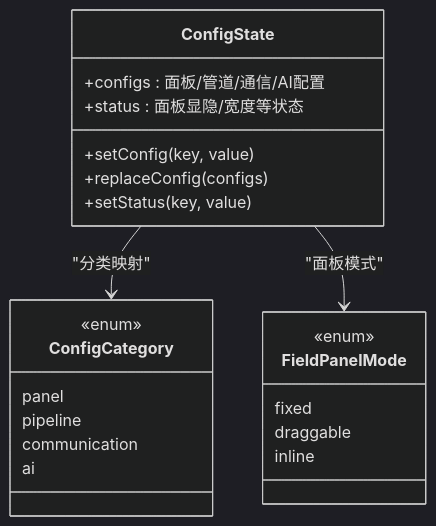
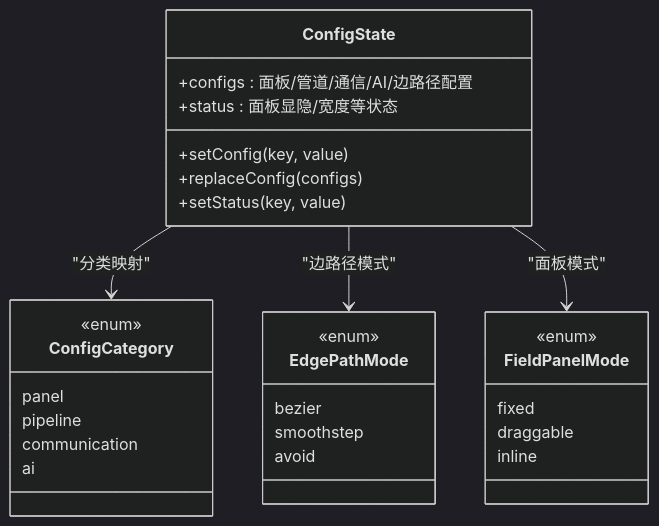
Before and after one commit to kqcoxn/MaaPipelineEditor: the third of 11 diagrams in .qoder/repowiki/zh/content/用户界面/面板系统/配置面板/面板配置区域.md, drawn with Mermaid (dark theme). The commit also changed other lines of this file and 19 other files, not shown here.

````diff
--- a/.qoder/repowiki/zh/content/用户界面/面板系统/配置面板/面板配置区域.md
+++ b/.qoder/repowiki/zh/content/用户界面/面板系统/配置面板/面板配置区域.md
@@ -153,25 +190,32 @@
 ```mermaid
 classDiagram
 class ConfigState {
-+configs : 面板/管道/通信/AI配置
++configs : 面板/管道/通信/AI/边路径配置
 +status : 面板显隐/宽度等状态
 +setConfig(key, value)
 +replaceConfig(configs)
 +setStatus(key, value)
 }
 class ConfigCategory {
 <<enum>>
 panel
 pipeline
 communication
 ai
 }
+class EdgePathMode {
+<<enum>>
+bezier
+smoothstep
+avoid
+}
 class FieldPanelMode {
 <<enum>>
 fixed
 draggable
 inline
 }
 ConfigState --> ConfigCategory : "分类映射"
+ConfigState --> EdgePathMode : "边路径模式"
 ConfigState --> FieldPanelMode : "面板模式"
 ```
````
